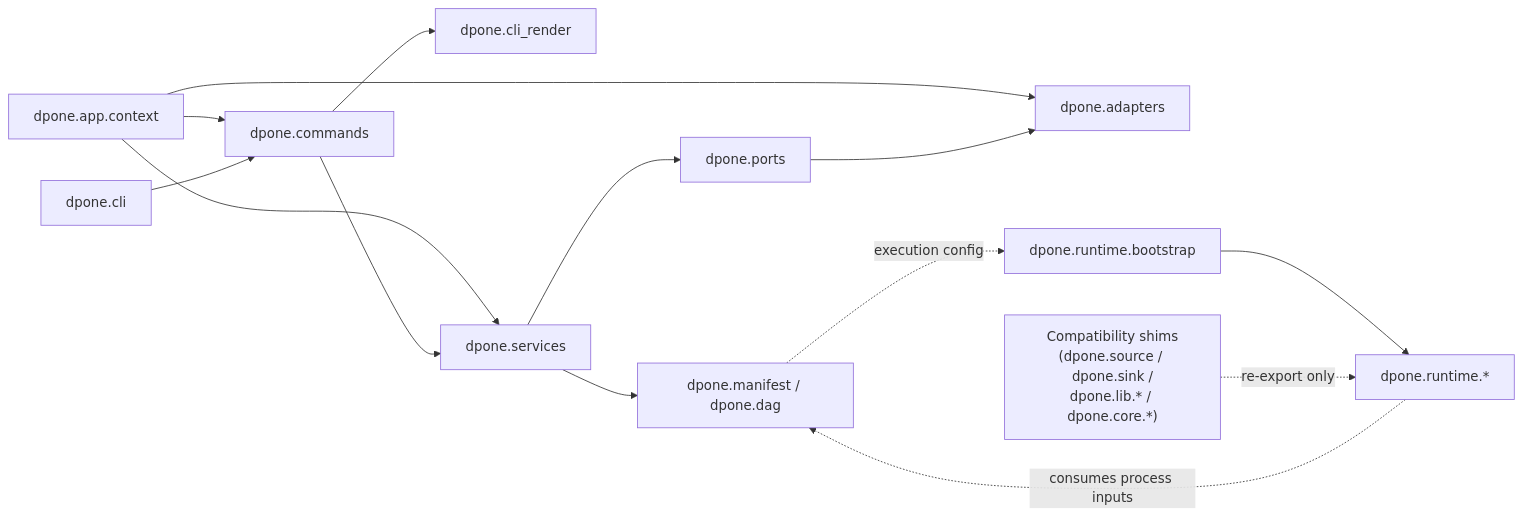
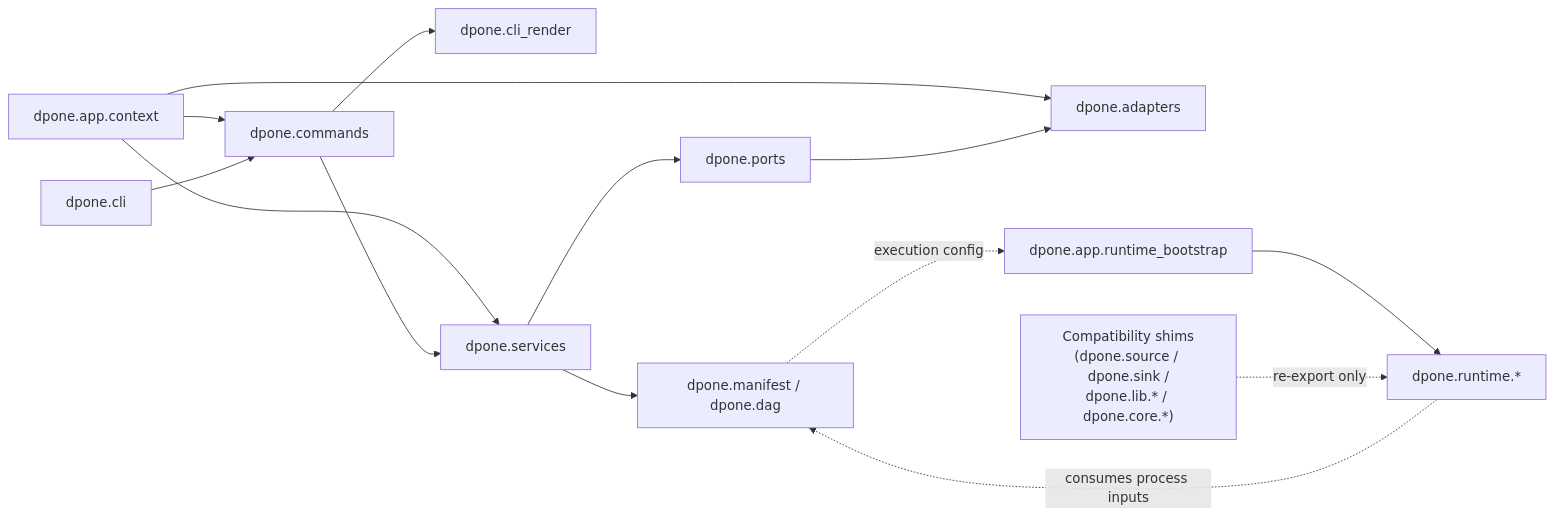
Before and after one commit to PaulKov/dpone: the second of 17 diagrams in docs/architecture.md, drawn with Mermaid. The commit also changed other lines of this file and 377 other files, not shown here.

````diff
--- a/docs/architecture.md
+++ b/docs/architecture.md
@@ -76,28 +76,28 @@
 ```mermaid
 flowchart LR
     CLI["dpone.cli"]
     Commands["dpone.commands"]
     Render["dpone.cli_render"]
     Services["dpone.services"]
     ManifestDag["dpone.manifest / dpone.dag"]
     Ports["dpone.ports"]
     Adapters["dpone.adapters"]
     App["dpone.app.context"]
-    Bootstrap["dpone.runtime.bootstrap"]
+    Bootstrap["dpone.app.runtime_bootstrap"]
     Runtime["dpone.runtime.*"]
     Shims["Compatibility shims\n(dpone.source / dpone.sink /\ndpone.lib.* / dpone.core.*)"]
 
     App --> Commands
     App --> Services
     App --> Adapters
     CLI --> Commands
     Commands --> Render
     Commands --> Services
     Services --> ManifestDag
     Services --> Ports
     Ports --> Adapters
     ManifestDag -. execution config .-> Bootstrap
     Bootstrap --> Runtime
     Runtime -. consumes process inputs .-> ManifestDag
     Shims -. re-export only .-> Runtime
 ```
````
